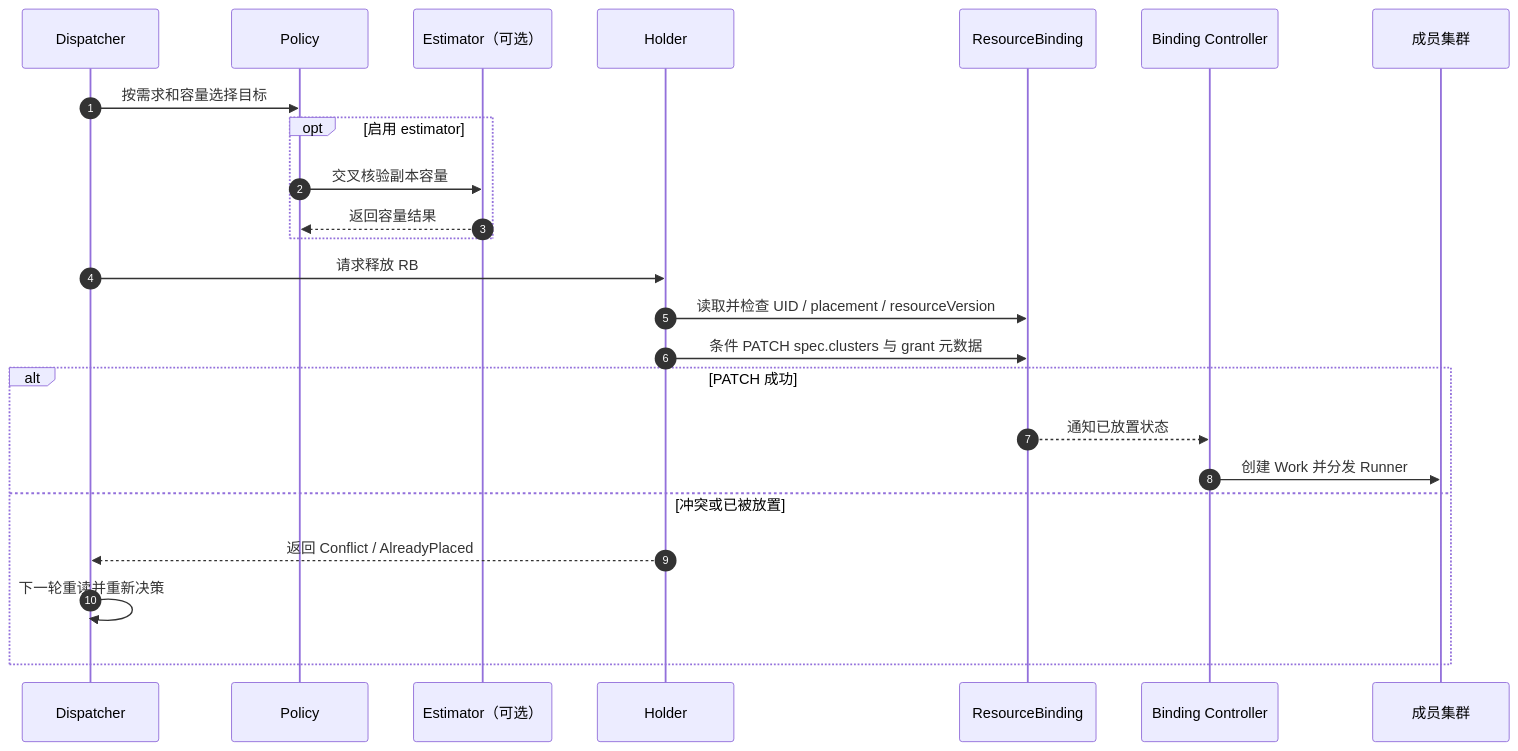
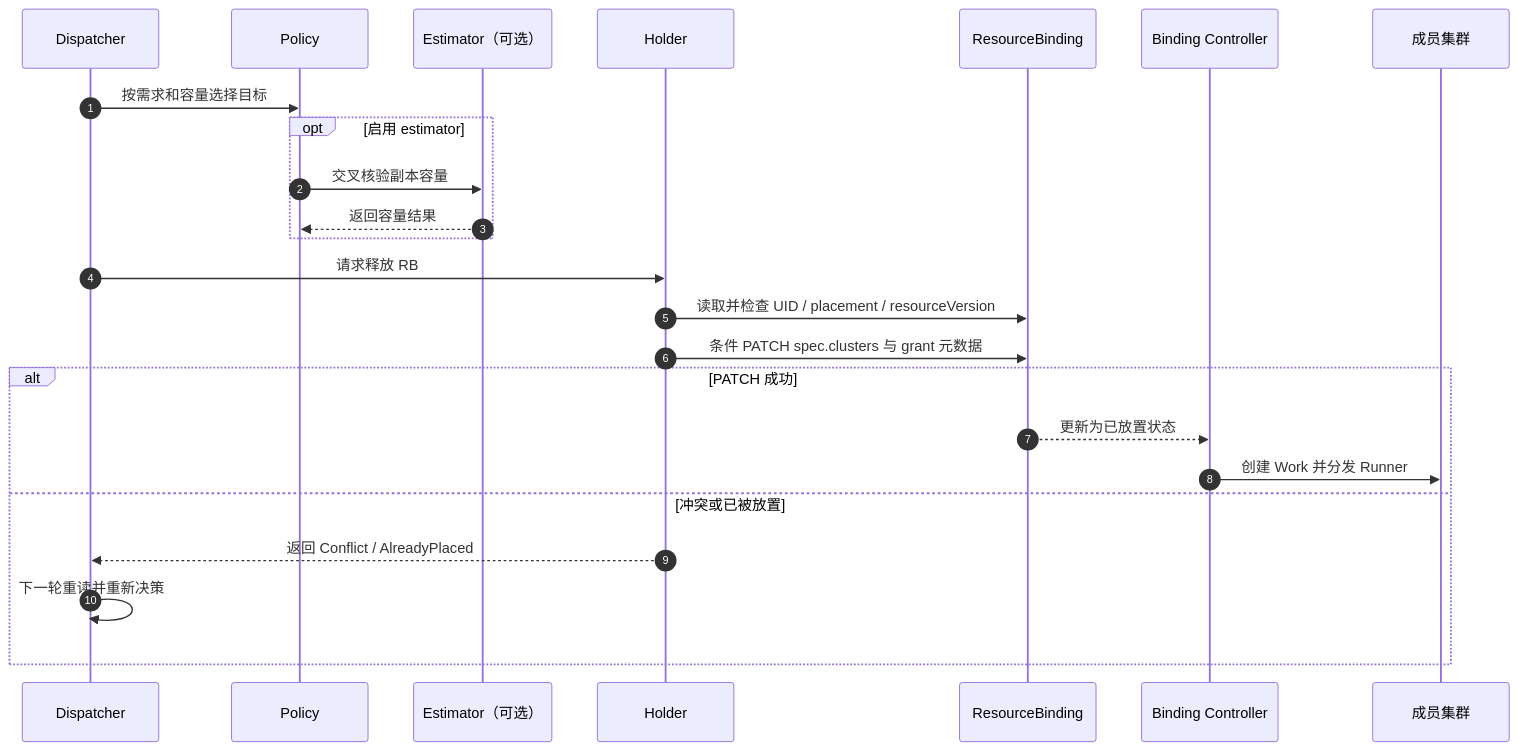
The eighth of 13 diagrams in docs/KARMADA-ARC-SUBSYSTEM-DESIGN.md (pkking/arc-karmada-test), drawn with Mermaid before and after one commit. The commit also changed other lines of this file, not shown here.

````diff
--- a/docs/KARMADA-ARC-SUBSYSTEM-DESIGN.md
+++ b/docs/KARMADA-ARC-SUBSYSTEM-DESIGN.md
@@ -628,26 +635,26 @@
 ```mermaid
 sequenceDiagram
     autonumber
     participant DISP as Dispatcher
     participant POL as Policy
     participant EST as Estimator（可选）
     participant H as Holder
     participant RB as ResourceBinding
     participant BC as Binding Controller
     participant MC as 成员集群
     DISP->>POL: 按需求和容量选择目标
     opt 启用 estimator
         POL->>EST: 交叉核验副本容量
         EST-->>POL: 返回容量结果
     end
     DISP->>H: 请求释放 RB
     H->>RB: 读取并检查 UID / placement / resourceVersion
     H->>RB: 条件 PATCH spec.clusters 与 grant 元数据
     alt PATCH 成功
-        RB-->>BC: 通知已放置状态
+        RB-->>BC: 更新为已放置状态
         BC->>MC: 创建 Work 并分发 Runner
     else 冲突或已被放置
         H-->>DISP: 返回 Conflict / AlreadyPlaced
         DISP->>DISP: 下一轮重读并重新决策
     end
 ```
````
